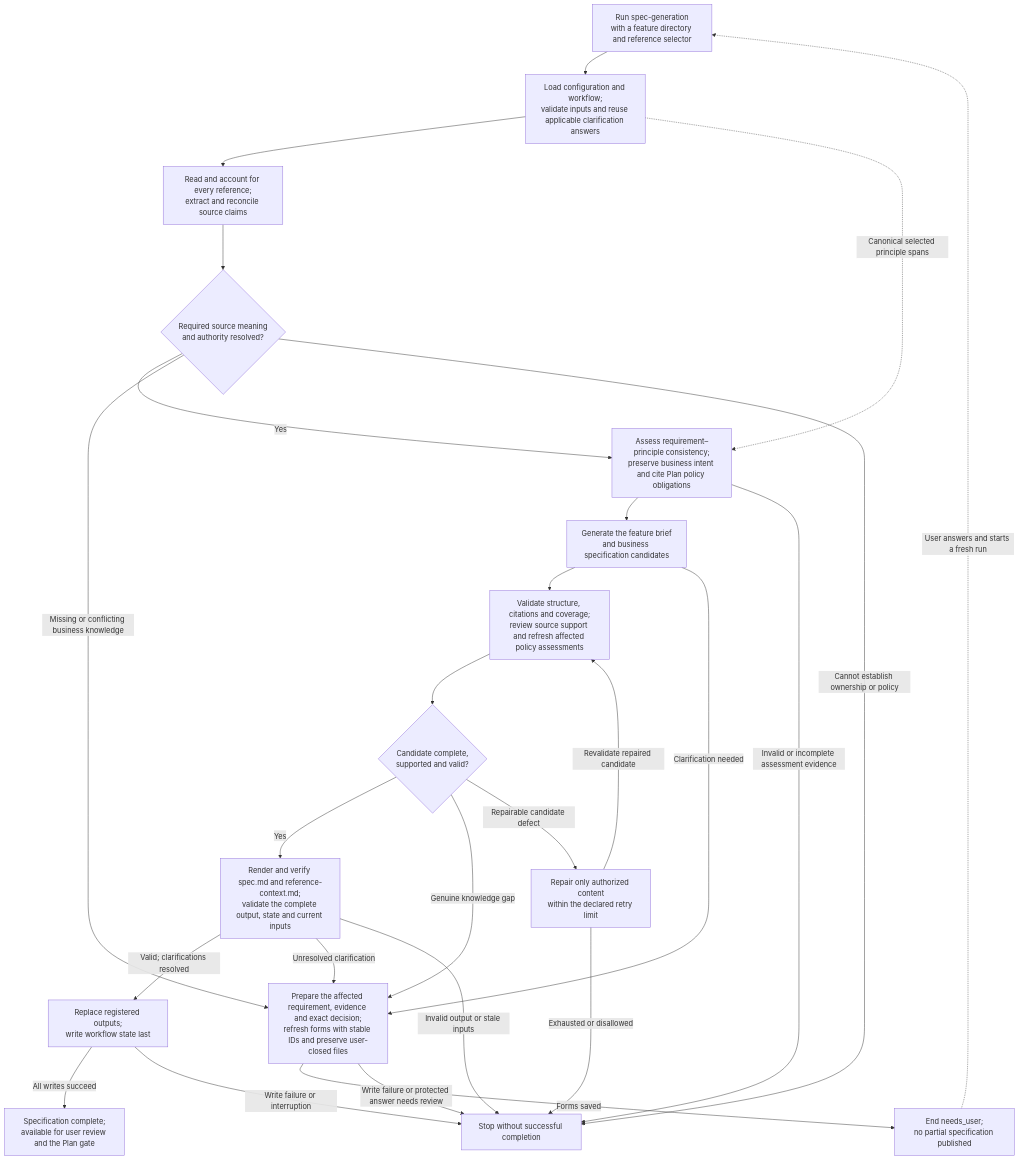
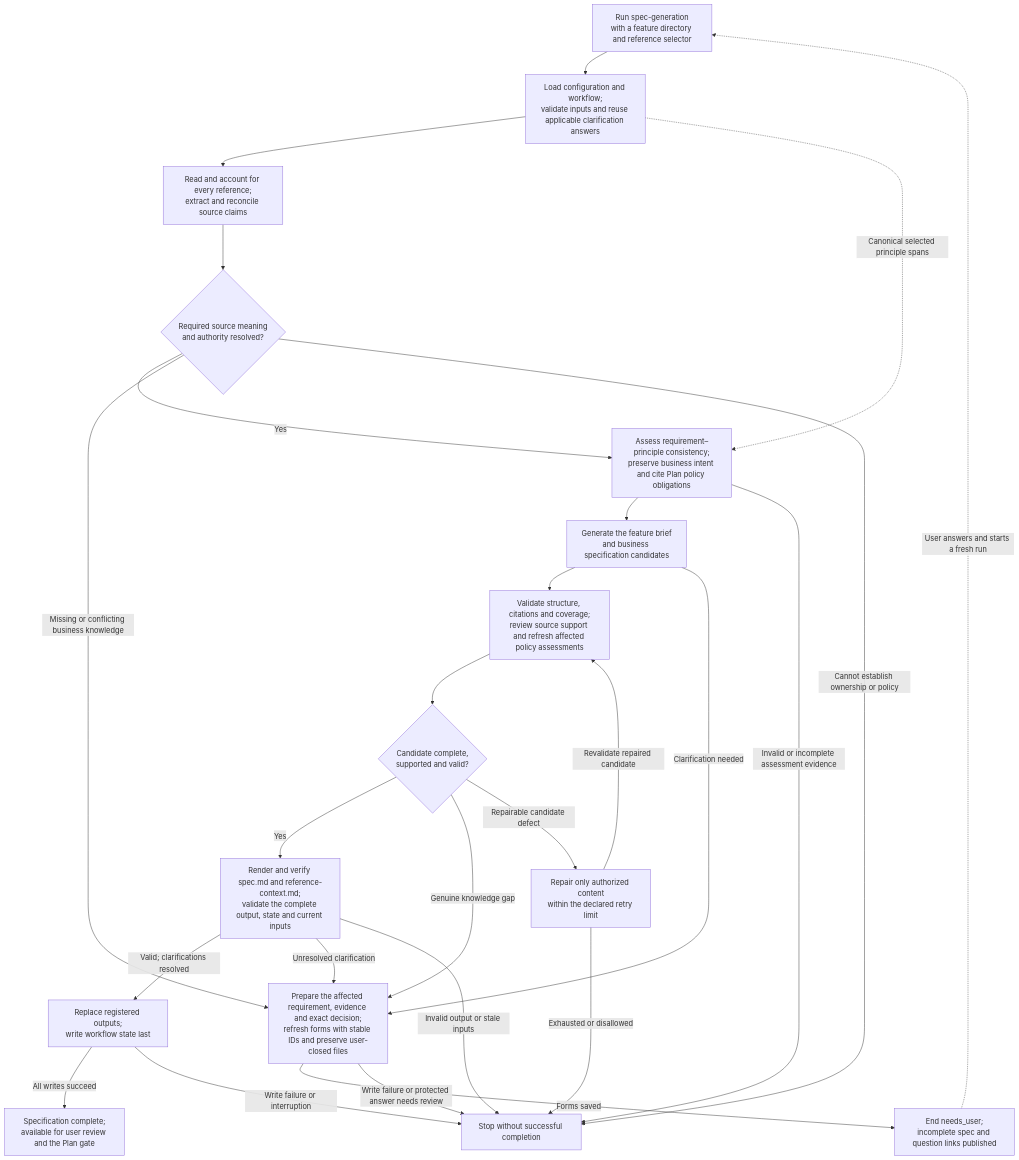
The diagram in design/diagrams/18-spec-workflow-overview.md (littledespot/sdde), drawn with Mermaid before and after one commit. The commit also changed 129 other files, not shown here.

````diff
--- a/design/diagrams/18-spec-workflow-overview.md
+++ b/design/diagrams/18-spec-workflow-overview.md
@@ -8,32 +8,32 @@
 ```mermaid
 flowchart TD
     START["Run spec-generation<br/>with a feature directory and reference selector"]
     START --> PREPARE["Load configuration and workflow;<br/>validate inputs and reuse applicable clarification answers"]
     PREPARE --> REFERENCES["Read and account for every reference;<br/>extract and reconcile source claims"]
     REFERENCES --> AUTHORITY{"Required source meaning<br/>and authority resolved?"}
     AUTHORITY -->|Yes| POLICY["Assess requirement–principle consistency;<br/>preserve business intent and cite Plan policy obligations"]
     PREPARE -. Canonical selected principle spans .-> POLICY
     POLICY --> GENERATE["Generate the feature brief<br/>and business specification candidates"]
     GENERATE --> REVIEW["Validate structure, citations and coverage;<br/>review source support and refresh affected policy assessments"]
     REVIEW --> RESULT{"Candidate complete,<br/>supported and valid?"}
     RESULT -->|Yes| OUTPUT["Render and verify spec.md and reference-context.md;<br/>validate the complete output, state and current inputs"]
     OUTPUT -->|Valid; clarifications resolved| PUBLISH["Replace registered outputs;<br/>write workflow state last"]
     PUBLISH -->|All writes succeed| DONE["Specification complete;<br/>available for user review and the Plan gate"]
 
     AUTHORITY -->|Missing or conflicting business knowledge| CLARIFY
     GENERATE -->|Clarification needed| CLARIFY
     RESULT -->|Genuine knowledge gap| CLARIFY
     OUTPUT -->|Unresolved clarification| CLARIFY
     CLARIFY["Prepare the affected requirement, evidence and exact decision;<br/>refresh forms with stable IDs and preserve user-closed files"]
-    CLARIFY -->|Forms saved| NEEDSUSER["End needs_user;<br/>no partial specification published"]
+    CLARIFY -->|Forms saved| NEEDSUSER["End needs_user;<br/>incomplete spec and question links published"]
     NEEDSUSER -. User answers and starts a fresh run .-> START
 
     RESULT -->|Repairable candidate defect| REPAIR["Repair only authorized content<br/>within the declared retry limit"]
     REPAIR -->|Revalidate repaired candidate| REVIEW
     REPAIR -->|Exhausted or disallowed| STOP["Stop without successful completion"]
     AUTHORITY -->|Cannot establish ownership or policy| STOP
     POLICY -->|Invalid or incomplete assessment evidence| STOP
     OUTPUT -->|Invalid output or stale inputs| STOP
     CLARIFY -->|Write failure or protected answer needs review| STOP
     PUBLISH -->|Write failure or interruption| STOP
 ```
````
